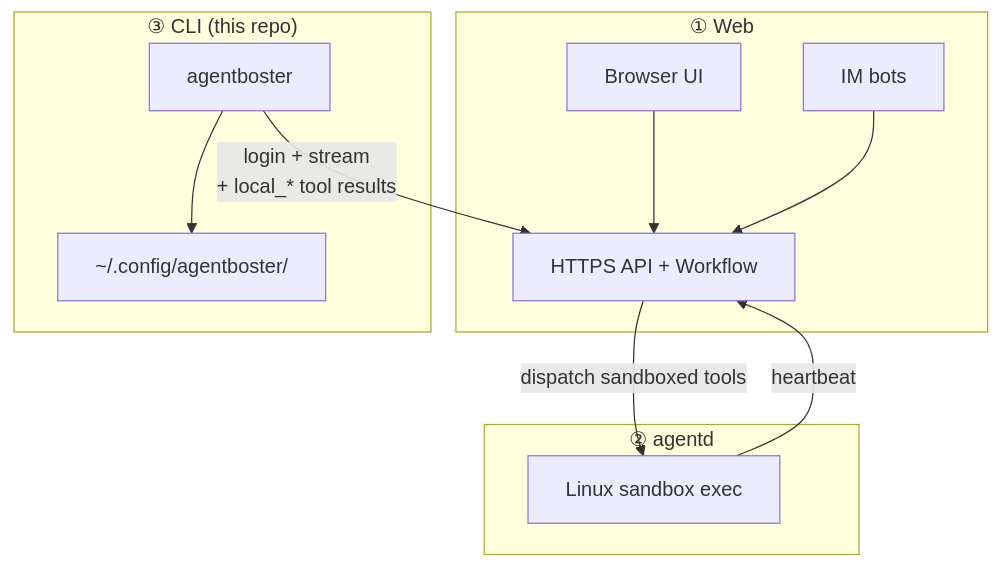
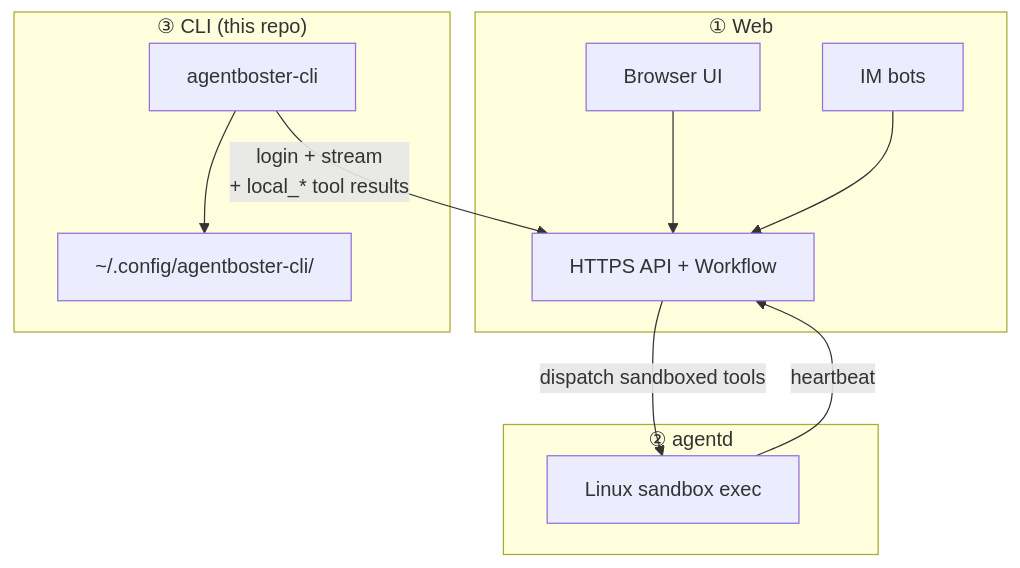
Before and after one commit to NekoSekaiMoe/agentboster: the first of 3 diagrams in subpackage/cli/README.md, drawn with Mermaid. The commit also changed other lines of this file and 33 other files, not shown here.

First line of the commit message:
refactor: rename CLI config dir to agentboster-cli and binary to agentboster-cli

````diff
--- a/subpackage/cli/README.md
+++ b/subpackage/cli/README.md
@@ -13,24 +13,24 @@
 ```mermaid
 flowchart TB
   subgraph tier1["① Web"]
     API["HTTPS API + Workflow"]
     IM["IM bots"]
     UI["Browser UI"]
     UI --> API
     IM --> API
   end
 
   subgraph tier2["② agentd"]
     AD["Linux sandbox exec"]
   end
 
   subgraph tier3["③ CLI (this repo)"]
-    BIN["agentboster"]
-    CFG["~/.config/agentboster/"]
+    BIN["agentboster-cli"]
+    CFG["~/.config/agentboster-cli/"]
     BIN --> CFG
   end
 
   BIN -->|"login + stream\n+ local_* tool results"| API
   API -->|"dispatch sandboxed tools"| AD
   AD -->|"heartbeat"| API
 ```
````
